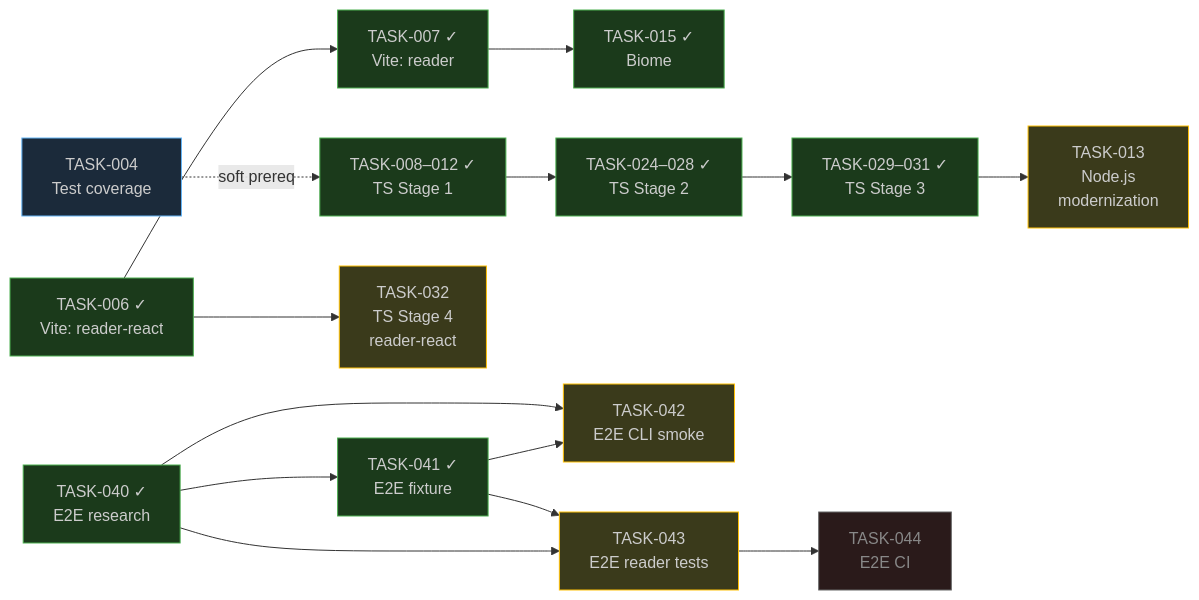
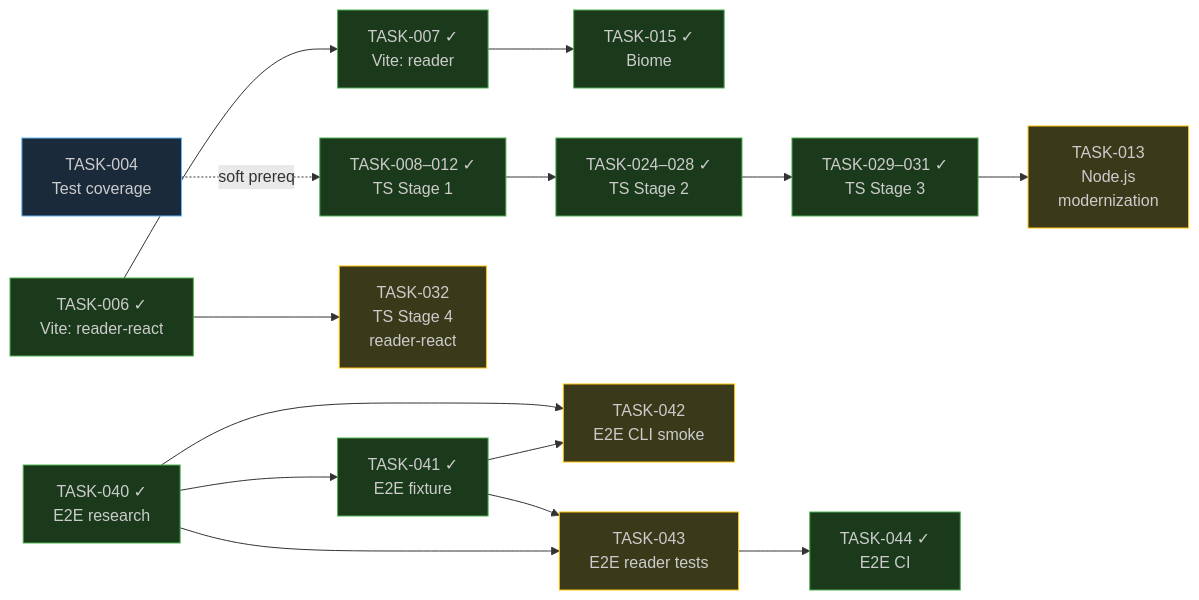
Before and after one commit to triplecanopy/b-ber: the diagram in PLAN.md, drawn with Mermaid. The commit also changed other lines of this file and 4 other files, not shown here.

````diff
--- a/PLAN.md
+++ b/PLAN.md
@@ -146,38 +147,38 @@
 ```mermaid
 graph LR
   classDef done fill:#1b3a1b,stroke:#4caf50,color:#ccc
   classDef active fill:#1b2a3a,stroke:#64b5f6,color:#ccc
   classDef ready fill:#3a3a1b,stroke:#ffc107,color:#ccc
   classDef blocked fill:#2a1a1a,stroke:#666,color:#888
 
   T006["TASK-006 ✓\nVite: reader-react"]:::done
   T007["TASK-007 ✓\nVite: reader"]:::done
   T015["TASK-015 ✓\nBiome"]:::done
 
   T008["TASK-008–012 ✓\nTS Stage 1"]:::done
   T024["TASK-024–028 ✓\nTS Stage 2"]:::done
   T029["TASK-029–031 ✓\nTS Stage 3"]:::done
 
   T013["TASK-013\nNode.js\nmodernization"]:::ready
   T032["TASK-032\nTS Stage 4\nreader-react"]:::ready
 
   T004["TASK-004\nTest coverage"]:::active
 
   T040["TASK-040 ✓\nE2E research"]:::done
   T041["TASK-041 ✓\nE2E fixture"]:::done
   T042["TASK-042\nE2E CLI smoke"]:::ready
   T043["TASK-043\nE2E reader tests"]:::ready
-  T044["TASK-044\nE2E CI"]:::blocked
+  T044["TASK-044 ✓\nE2E CI"]:::done
 
   T006 --> T007 --> T015
   T008 --> T024 --> T029 --> T013
   T006 --> T032
   T004 -. "soft prereq" .-> T008
 
   T040 --> T041
   T040 --> T043
   T041 --> T042
   T041 --> T043
   T040 --> T042
   T043 --> T044
 ```
````
